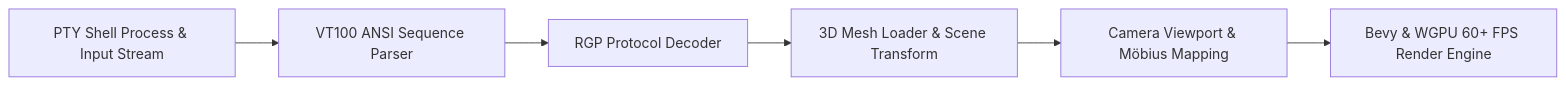
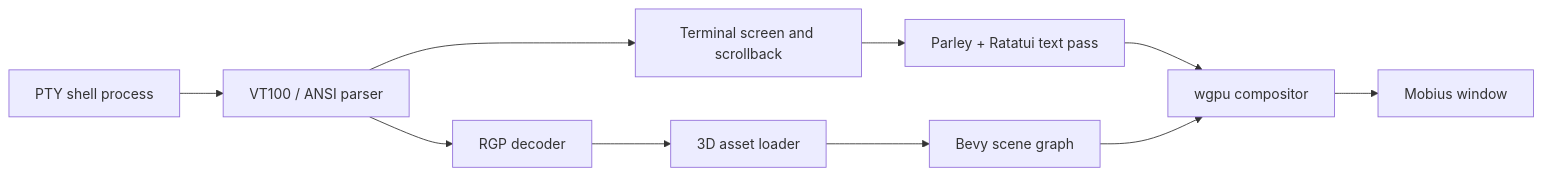
One commit to GiorgiKavtaradze-prog/mobius changed the diagram in README.md. Above: the diagram before and after it, drawn with Mermaid. The commit also changed other lines of this file and 10 other files, not shown here.

````diff
--- a/README.md
+++ b/README.md
@@ -124,8 +62,12 @@
 ```mermaid
 flowchart LR
-    PTY["PTY Shell Process & Input Stream"] --> VT["VT100 ANSI Sequence Parser"]
-    VT --> RGP["RGP Protocol Decoder"]
-    RGP --> Mesh["3D Mesh Loader & Scene Transform"]
-    Mesh --> Camera["Camera Viewport & Möbius Mapping"]
-    Camera --> Render["Bevy & WGPU 60+ FPS Render Engine"]
+    Shell["PTY shell process"] --> VT["VT100 / ANSI parser"]
+    VT --> Screen["Terminal screen and scrollback"]
+    VT --> RGP["RGP decoder"]
+    RGP --> Assets["3D asset loader"]
+    Screen --> Text["Parley + Ratatui text pass"]
+    Assets --> Scene["Bevy scene graph"]
+    Text --> Compose["wgpu compositor"]
+    Scene --> Compose
+    Compose --> Window["Mobius window"]
 ```
````
